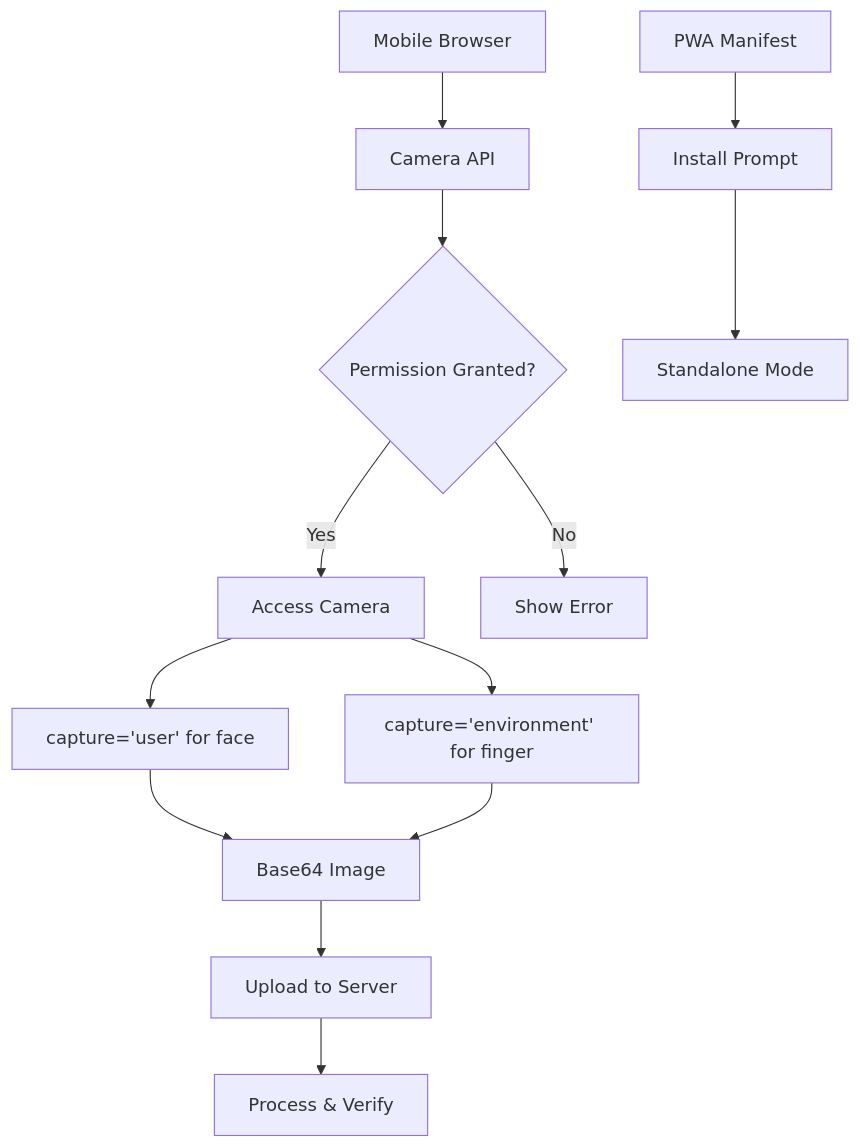
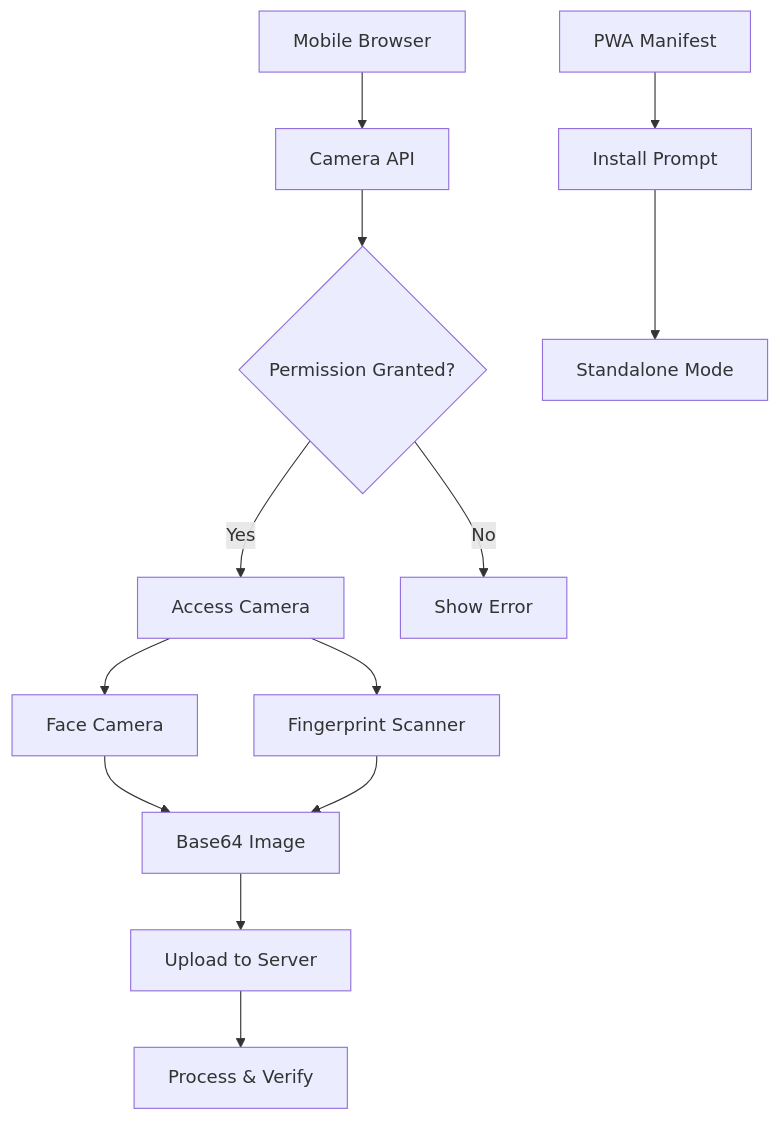
Diagram 12 of 14 in ARCHITECTURE.md (BTech20/biometric-auth-system), drawn with Mermaid before and after one commit. The commit also changed other lines of this file, not shown here.

First line of the commit message:
Fix Mermaid diagram rendering issues for GitHub

````diff
--- a/ARCHITECTURE.md
+++ b/ARCHITECTURE.md
@@ -399,16 +423,16 @@
 ```mermaid
-graph TB
-    A[Mobile Browser] --> B[Camera API]
-    B --> C{Permission Granted?}
-    C -->|Yes| D[Access Camera]
-    C -->|No| E[Show Error]
-    D --> F[capture='user' for face]
-    D --> G[capture='environment' for finger]
-    F --> H[Base64 Image]
+flowchart TD
+    A["Mobile Browser"] --> B["Camera API"]
+    B --> C{"Permission Granted?"}
+    C -->|"Yes"| D["Access Camera"]
+    C -->|"No"| E["Show Error"]
+    D --> F["Face Camera"]
+    D --> G["Fingerprint Scanner"]
+    F --> H["Base64 Image"]
     G --> H
-    H --> I[Upload to Server]
-    I --> J[Process & Verify]
+    H --> I["Upload to Server"]
+    I --> J["Process & Verify"]
     
-    K[PWA Manifest] --> L[Install Prompt]
-    L --> M[Standalone Mode]
+    K["PWA Manifest"] --> L["Install Prompt"]
+    L --> M["Standalone Mode"]
 ```
````
